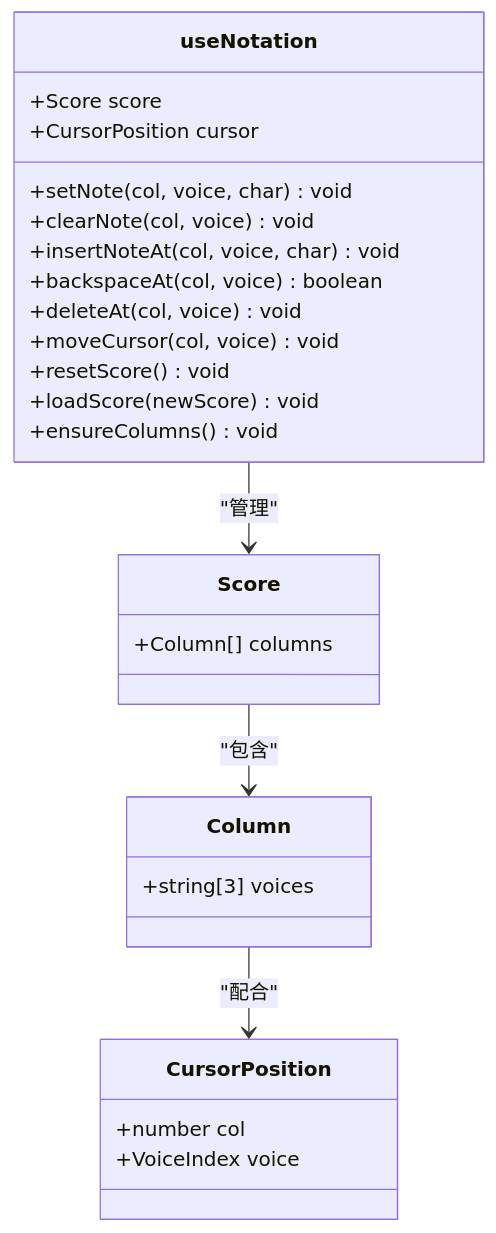
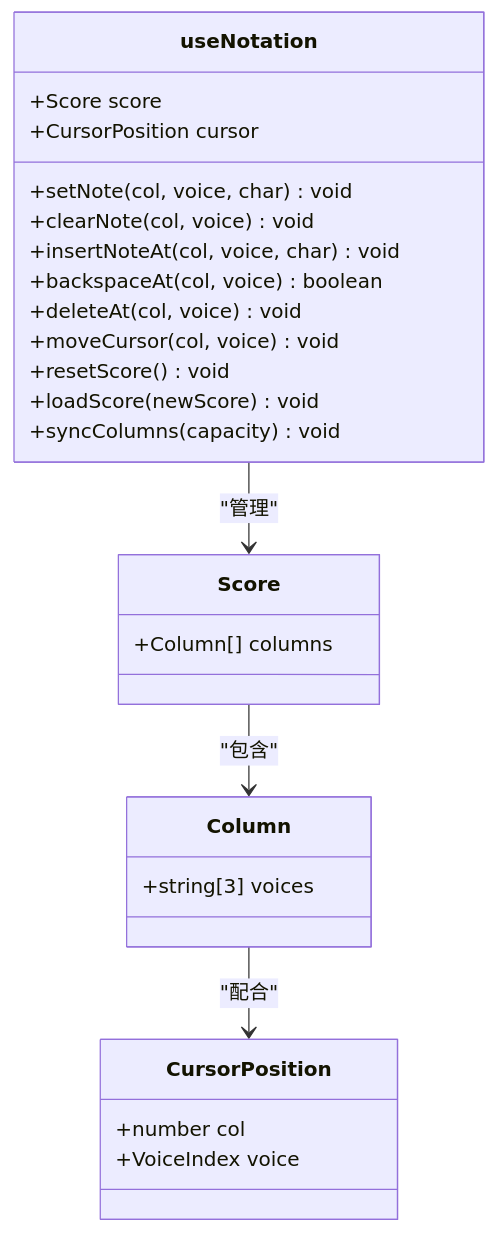
One commit to wingmeng/SUBOR-Music-Board changed the fifth of 9 diagrams in wiki/用户界面组件/控制栏组件/输入模式切换.md. Above: the diagram before and after it, drawn with Mermaid. The commit also changed 45 other files, not shown here.

````diff
--- a/wiki/用户界面组件/控制栏组件/输入模式切换.md
+++ b/wiki/用户界面组件/控制栏组件/输入模式切换.md
@@ -228,29 +228,29 @@
 ```mermaid
 classDiagram
 class useNotation {
 +Score score
 +CursorPosition cursor
 +setNote(col, voice, char) void
 +clearNote(col, voice) void
 +insertNoteAt(col, voice, char) void
 +backspaceAt(col, voice) boolean
 +deleteAt(col, voice) void
 +moveCursor(col, voice) void
 +resetScore() void
 +loadScore(newScore) void
-+ensureColumns() void
++syncColumns(capacity) void
 }
 class Score {
 +Column[] columns
 }
 class Column {
 +string[3] voices
 }
 class CursorPosition {
 +number col
 +VoiceIndex voice
 }
 useNotation --> Score : "管理"
 Score --> Column : "包含"
 Column --> CursorPosition : "配合"
 ```
````
